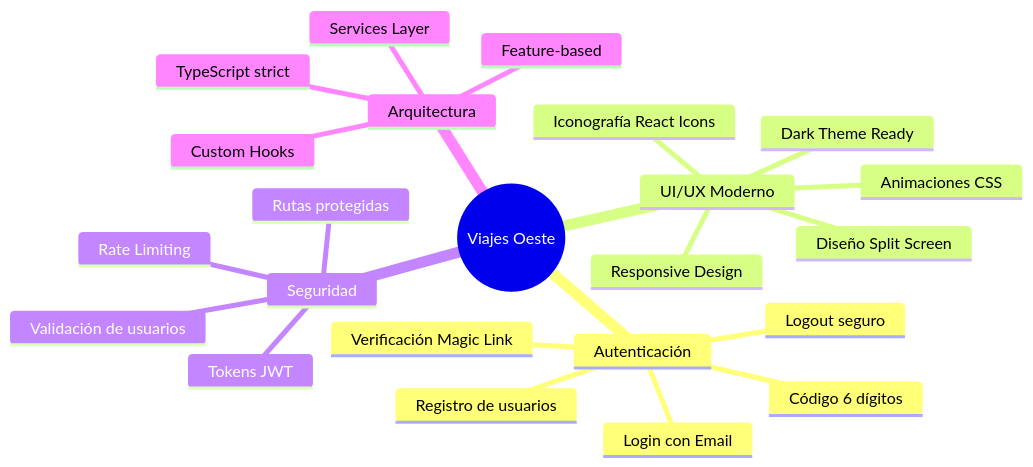
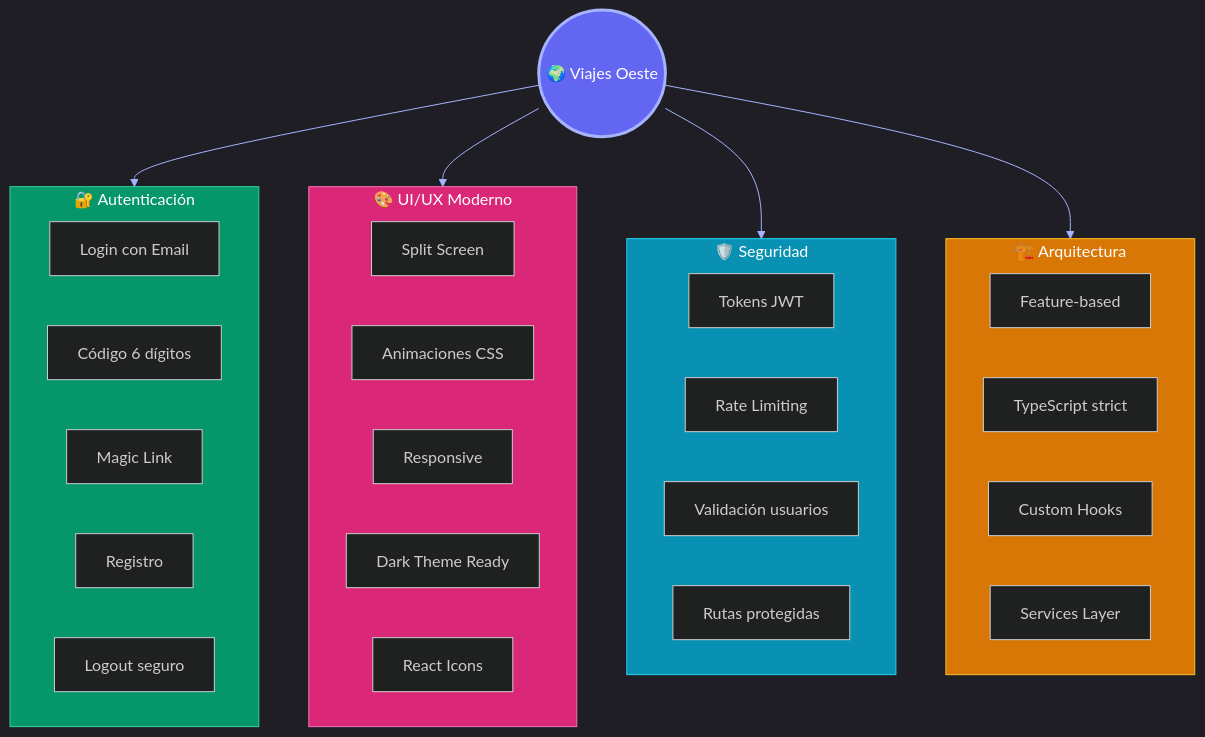
The first of 4 diagrams in README.md (RodrigoSanchezDev/agencia-viajes-oeste-frontend-react-vite-auth), drawn with Mermaid before and after one commit.

Commit message:
📝 Improve README: better mermaid diagram with dark theme support

````diff
--- a/README.md
+++ b/README.md
@@ -59,26 +59,46 @@
 ```mermaid
-mindmap
-  root((Viajes Oeste))
-    Autenticación
-      Login con Email
-      Código 6 dígitos
-      Verificación Magic Link
-      Registro de usuarios
-      Logout seguro
-    UI/UX Moderno
-      Diseño Split Screen
-      Animaciones CSS
-      Responsive Design
-      Dark Theme Ready
-      Iconografía React Icons
-    Seguridad
-      Tokens JWT
-      Rate Limiting
-      Validación de usuarios
-      Rutas protegidas
-    Arquitectura
-      Feature-based
-      TypeScript strict
-      Custom Hooks
-      Services Layer
+%%{init: {'theme': 'dark', 'themeVariables': { 'primaryColor': '#6366f1', 'primaryTextColor': '#ffffff', 'primaryBorderColor': '#818cf8', 'lineColor': '#a5b4fc', 'secondaryColor': '#1e1b4b', 'tertiaryColor': '#312e81'}}}%%
+flowchart TB
+    subgraph AUTH["🔐 Autenticación"]
+        A1[Login con Email]
+        A2[Código 6 dígitos]
+        A3[Magic Link]
+        A4[Registro]
+        A5[Logout seguro]
+    end
+    
+    subgraph UI["🎨 UI/UX Moderno"]
+        B1[Split Screen]
+        B2[Animaciones CSS]
+        B3[Responsive]
+        B4[Dark Theme Ready]
+        B5[React Icons]
+    end
+    
+    subgraph SEC["🛡️ Seguridad"]
+        C1[Tokens JWT]
+        C2[Rate Limiting]
+        C3[Validación usuarios]
+        C4[Rutas protegidas]
+    end
+    
+    subgraph ARCH["🏗️ Arquitectura"]
+        D1[Feature-based]
+        D2[TypeScript strict]
+        D3[Custom Hooks]
+        D4[Services Layer]
+    end
+    
+    CENTER((🌍 Viajes Oeste))
+    
+    CENTER --> AUTH
+    CENTER --> UI
+    CENTER --> SEC
+    CENTER --> ARCH
+    
+    style CENTER fill:#6366f1,stroke:#a5b4fc,stroke-width:3px,color:#fff
+    style AUTH fill:#059669,stroke:#34d399,color:#fff
+    style UI fill:#db2777,stroke:#f472b6,color:#fff
+    style SEC fill:#0891b2,stroke:#22d3ee,color:#fff
+    style ARCH fill:#d97706,stroke:#fbbf24,color:#fff
 ```
````
